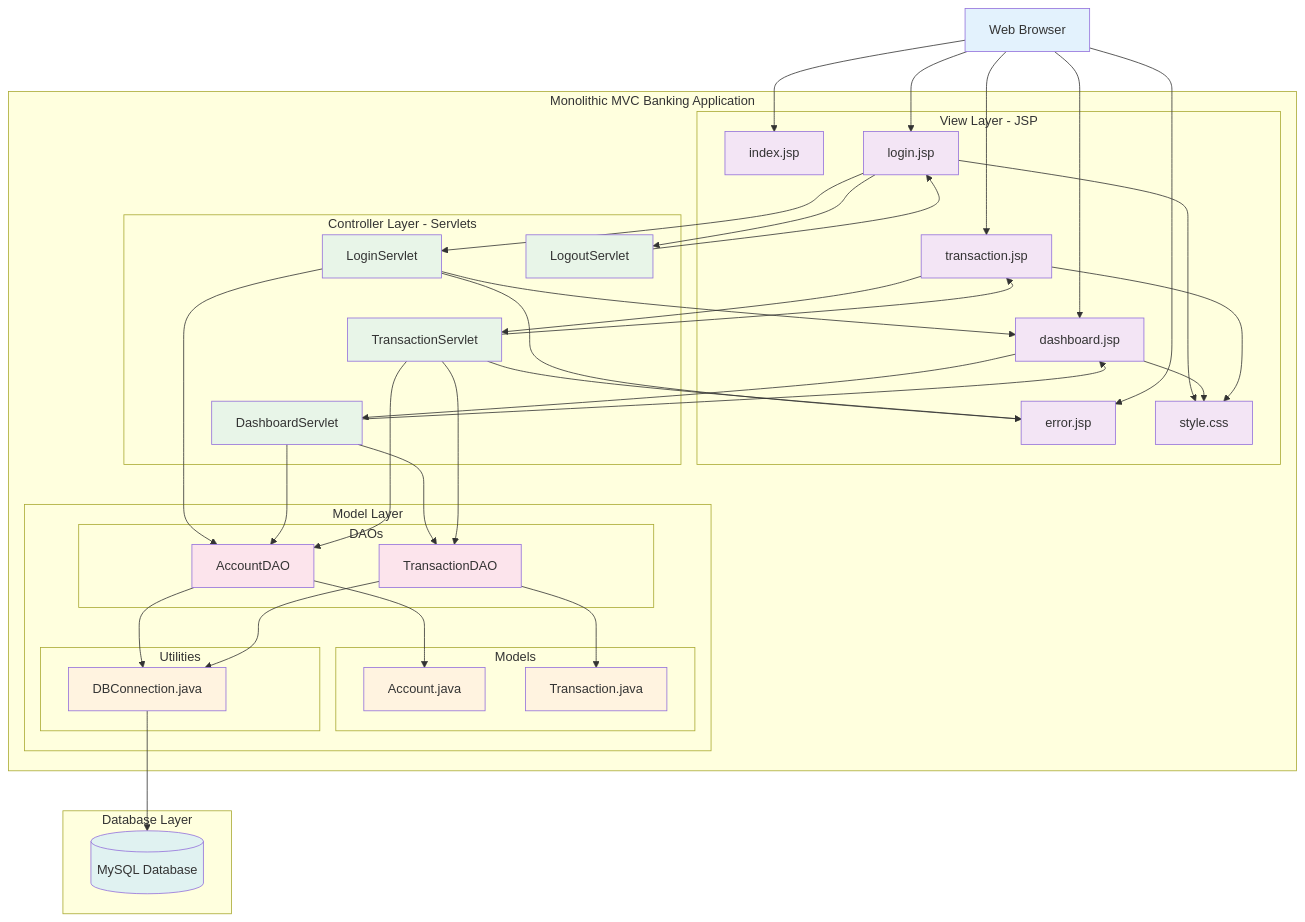
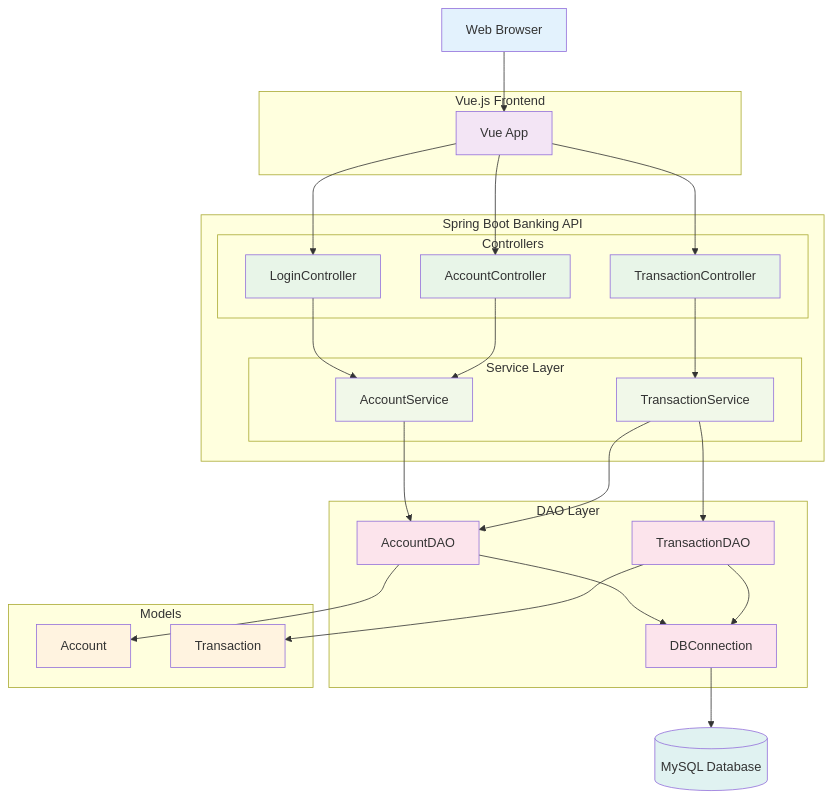
The diagram in README.md (RICH0423/banking-app), drawn with Mermaid before and after one commit. The commit also changed other lines of this file and 1 other file, not shown here.

Commit message:
Update architecture diagram

````diff
--- a/README.md
+++ b/README.md
@@ -8,107 +8,72 @@
 ```mermaid
 graph TB
-    %% Client Layer
+    %% Client
     Browser[Web Browser]
-    
-    %% Monolithic MVC Application
-    subgraph "Monolithic MVC Banking Application"
-        %% View Layer (JSP)
-        subgraph "View Layer - JSP"
-            INDEX[index.jsp]
-            LOGIN[login.jsp]
-            DASH[dashboard.jsp]
-            TRANS[transaction.jsp]
-            ERROR[error.jsp]
-            CSS[style.css]
+
+    %% Frontend
+    subgraph "Vue.js Frontend"
+        VueApp[Vue App]
+    end
+
+    %% Backend
+    subgraph "Spring Boot Banking API"
+        subgraph "Controllers"
+            LoginCtrl[LoginController]
+            AccountCtrl[AccountController]
+            TxnCtrl[TransactionController]
         end
-        
-        %% Controller Layer (Servlets)
-        subgraph "Controller Layer - Servlets"
-            LS[LoginServlet]
-            DS[DashboardServlet]
-            TS[TransactionServlet]
-            LOS[LogoutServlet]
-        end
-        
-        %% Model Layer
-        subgraph "Model Layer"
-            subgraph "DAOs"
-                ADAO[AccountDAO]
-                TDAO[TransactionDAO]
-            end
-            
-            subgraph "Models"
-                ACC[Account.java]
-                TRN[Transaction.java]
-            end
-            
-            subgraph "Utilities"
-                DBC[DBConnection.java]
-            end
+        subgraph "Service Layer"
+            AccountService
+            TransactionService
         end
     end
-    
-    %% Database Layer
-    subgraph "Database Layer"
-        MySQL[(MySQL Database)]
+
+    %% DAO and Model
+    subgraph "DAO Layer"
+        ADAO[AccountDAO]
+        TDAO[TransactionDAO]
+        DBC[DBConnection]
     end
-    
-    %% Request Flow
-    Browser --> INDEX
-    Browser --> LOGIN
-    Browser --> DASH
-    Browser --> TRANS
-    Browser --> ERROR
-    
-    %% Static Resources
-    LOGIN --> CSS
-    DASH --> CSS
-    TRANS --> CSS
-    
-    %% JSP to Servlets
-    LOGIN --> LS
-    DASH --> DS
-    TRANS --> TS
-    LOGIN --> LOS
-    
-    %% Servlet Response to JSP
-    LS --> DASH
-    LS --> ERROR
-    DS --> DASH
-    TS --> TRANS
-    TS --> ERROR
-    LOS --> LOGIN
-    
-    %% Servlets to DAOs
-    LS --> ADAO
-    DS --> ADAO
-    DS --> TDAO
-    TS --> ADAO
-    TS --> TDAO
-    
-    %% DAOs use Models
+
+    subgraph "Models"
+        ACC[Account]
+        TRN[Transaction]
+    end
+
+    MySQL[(MySQL Database)]
+
+    %% Flow
+    Browser --> VueApp
+    VueApp --> LoginCtrl
+    VueApp --> AccountCtrl
+    VueApp --> TxnCtrl
+    LoginCtrl --> AccountService
+    AccountCtrl --> AccountService
+    TxnCtrl --> TransactionService
+    AccountService --> ADAO
+    TransactionService --> ADAO
+    TransactionService --> TDAO
     ADAO --> ACC
     TDAO --> TRN
-    
-    %% DAOs use DB Connection
     ADAO --> DBC
     TDAO --> DBC
-    
-    %% DB Connection to MySQL
     DBC --> MySQL
-    
+
     %% Styling
     classDef client fill:#e3f2fd
     classDef view fill:#f3e5f5
     classDef controller fill:#e8f5e8
+    classDef service fill:#f1f8e9
     classDef model fill:#fff3e0
     classDef dao fill:#fce4ec
     classDef database fill:#e0f2f1
-    
+
     class Browser client
-    class INDEX,LOGIN,DASH,TRANS,ERROR,CSS view
-    class LS,DS,TS,LOS controller
-    class ACC,TRN,DBC model
+    class VueApp view
+    class LoginCtrl,AccountCtrl,TxnCtrl controller
+    class AccountService,TransactionService service
+    class ACC,TRN model
     class ADAO,TDAO dao
+    class DBC dao
     class MySQL database
 ```
````
